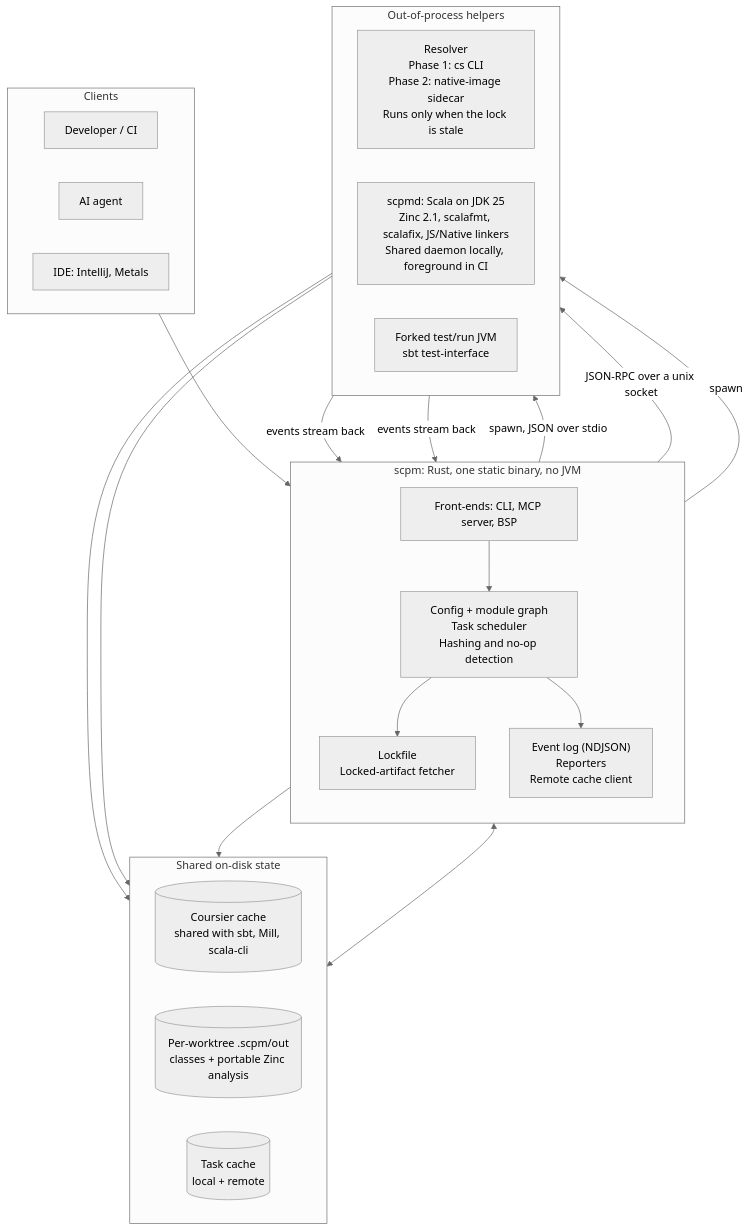
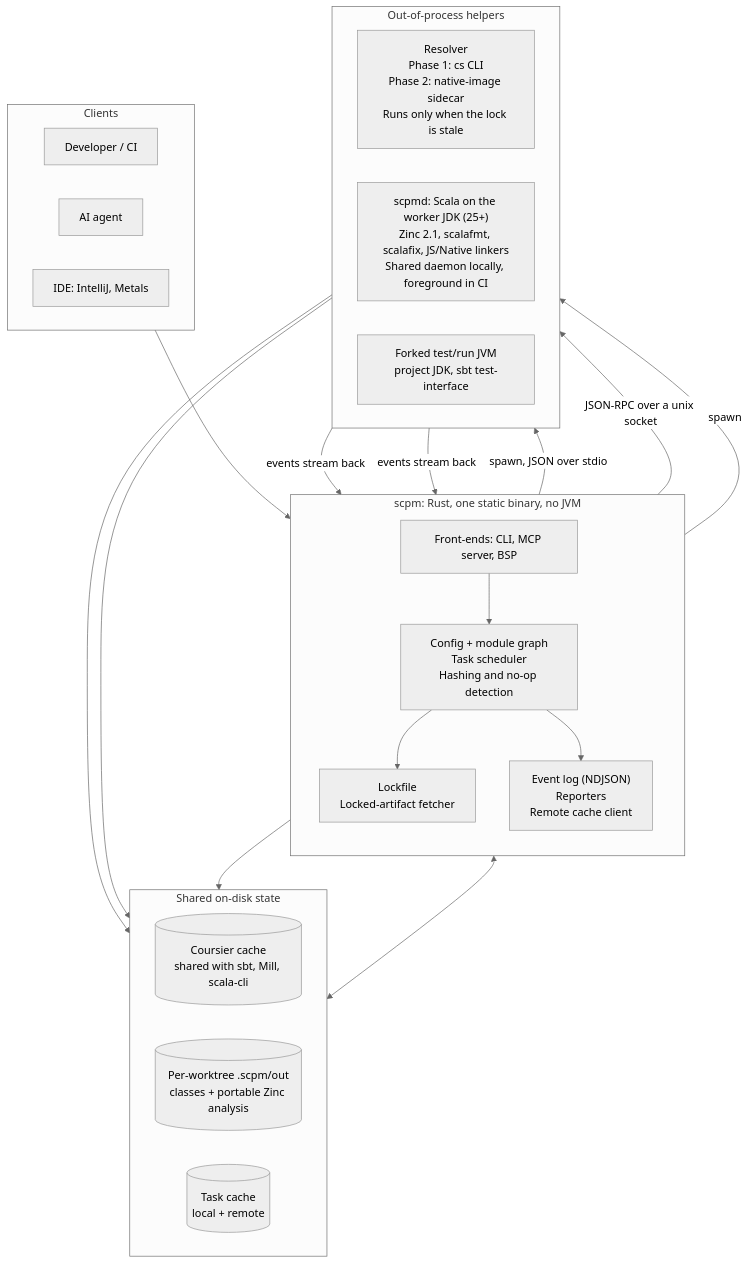
One commit to gatorcse/scpm changed the diagram in docs/design.md. Above: the diagram before and after it, drawn with Mermaid (neutral theme). The commit also changed other lines of this file and 1 other file, not shown here.

````diff
--- a/docs/design.md
+++ b/docs/design.md
@@ -91,45 +91,45 @@
 ```mermaid
 flowchart TB
     subgraph clients["Clients"]
         direction LR
         user["Developer / CI"]
         agent["AI agent"]
         ide["IDE: IntelliJ, Metals"]
     end
 
     subgraph cli["scpm: Rust, one static binary, no JVM"]
         direction TB
         front["Front-ends: CLI, MCP server, BSP"]
         core["Config + module graph<br/>Task scheduler<br/>Hashing and no-op detection"]
         deps["Lockfile<br/>Locked-artifact fetcher"]
         out["Event log (NDJSON)<br/>Reporters<br/>Remote cache client"]
         front --> core
         core --> deps
         core --> out
     end
 
     subgraph jvm["Out-of-process helpers"]
         direction LR
         resolver["Resolver<br/>Phase 1: cs CLI<br/>Phase 2: native-image sidecar<br/>Runs only when the lock is stale"]
-        scpmd["scpmd: Scala on JDK 25<br/>Zinc 2.1, scalafmt, scalafix, JS/Native linkers<br/>Shared daemon locally, foreground in CI"]
-        testjvm["Forked test/run JVM<br/>sbt test-interface"]
+        scpmd["scpmd: Scala on the worker JDK (25+)<br/>Zinc 2.1, scalafmt, scalafix, JS/Native linkers<br/>Shared daemon locally, foreground in CI"]
+        testjvm["Forked test/run JVM<br/>project JDK, sbt test-interface"]
     end
 
     subgraph disk["Shared on-disk state"]
         direction LR
         cscache[("Coursier cache<br/>shared with sbt, Mill, scala-cli")]
         outdir[("Per-worktree .scpm/out<br/>classes + portable Zinc analysis")]
         taskcache[("Task cache<br/>local + remote")]
     end
 
     clients --> front
     deps -- "spawn, JSON over stdio" --> resolver
     core -- "JSON-RPC over a unix socket" --> scpmd
     core -- "spawn" --> testjvm
     scpmd -- "events stream back" --> out
     testjvm -- "events stream back" --> out
     resolver --> cscache
     deps --> cscache
     scpmd --> outdir
     out <--> taskcache
 ```
````
